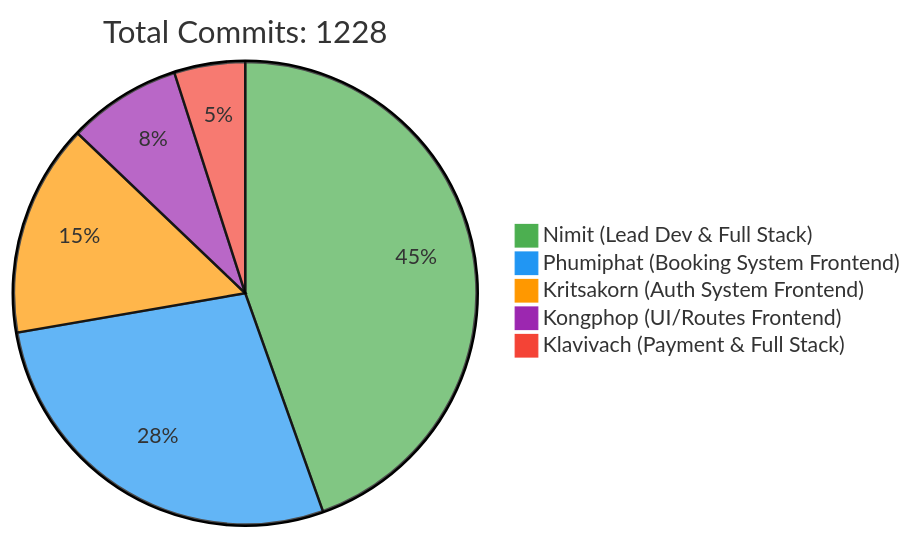
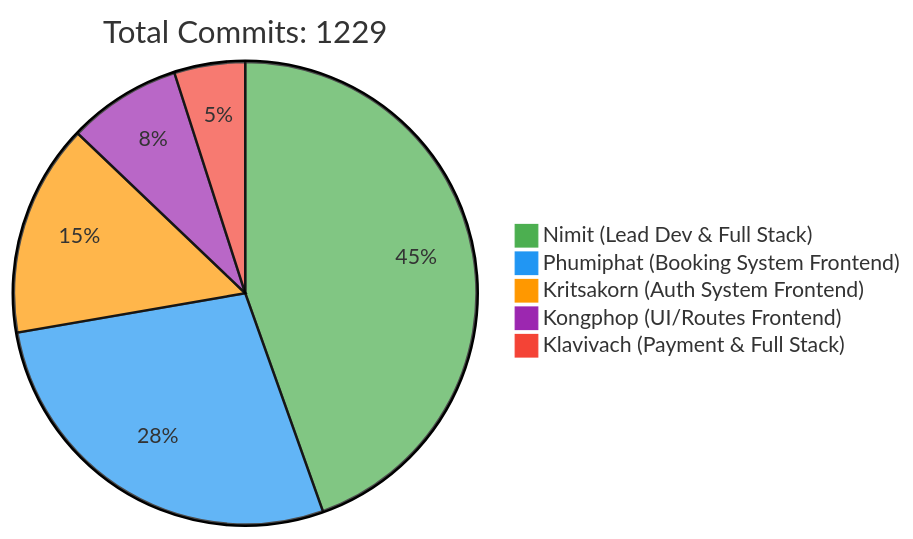
The first of 2 diagrams in README.md (6531503042/Sport-Complex), drawn with Mermaid before and after one commit. The commit also changed other lines of this file, not shown here.

Commit message:
docs: Update contributor statistics [skip ci]

````diff
--- a/README.md
+++ b/README.md
@@ -257,10 +257,10 @@
 ```mermaid
 %%{init: {'theme': 'base', 'themeVariables': { 'pie1': '#4CAF50', 'pie2': '#2196F3', 'pie3': '#FF9800', 'pie4': '#9C27B0', 'pie5': '#F44336'}}}%%
 pie
-    title Total Commits: 1228
+    title Total Commits: 1229
     "Nimit (Lead Dev & Full Stack)" : 450
     "Phumiphat (Booking System Frontend)" : 280
     "Kritsakorn (Auth System Frontend)" : 150
     "Kongphop (UI/Routes Frontend)" : 80
     "Klavivach (Payment & Full Stack)" : 50
 ```
````
